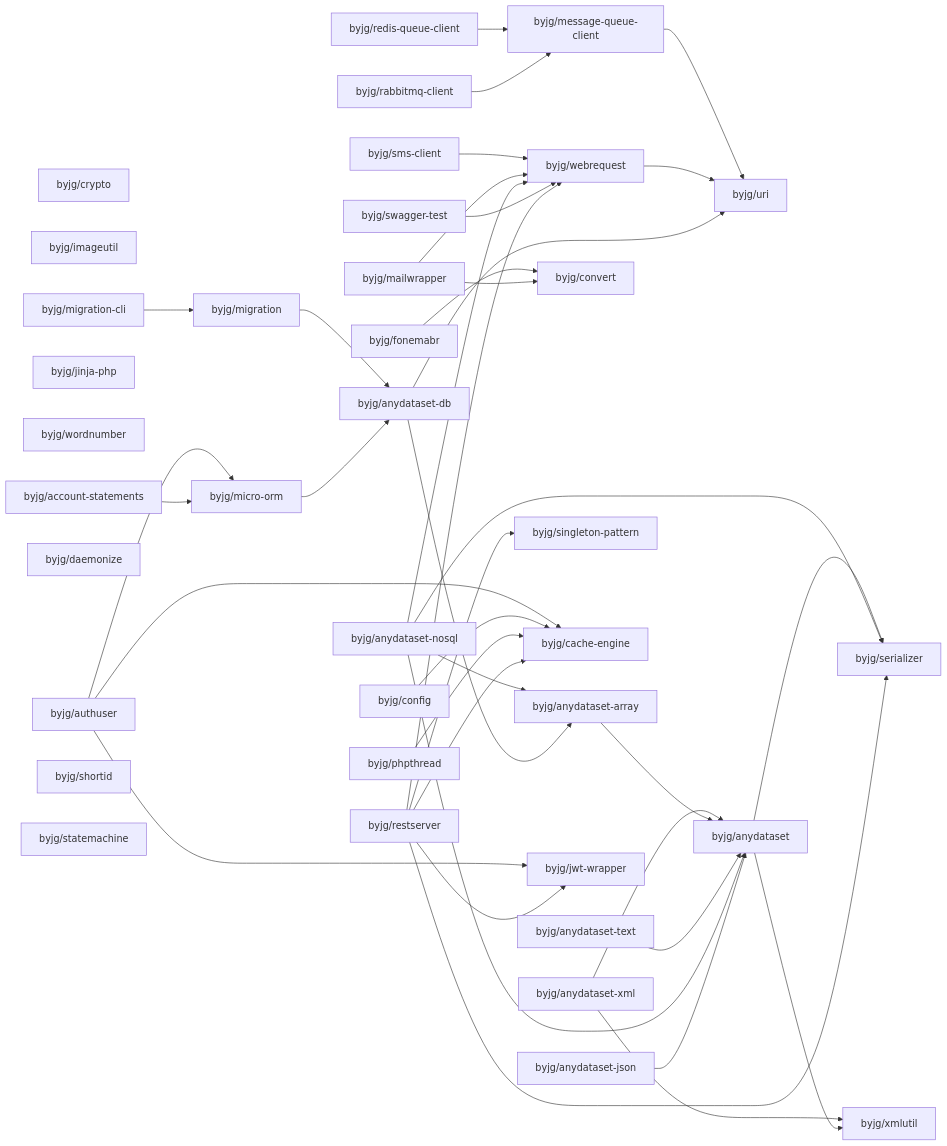
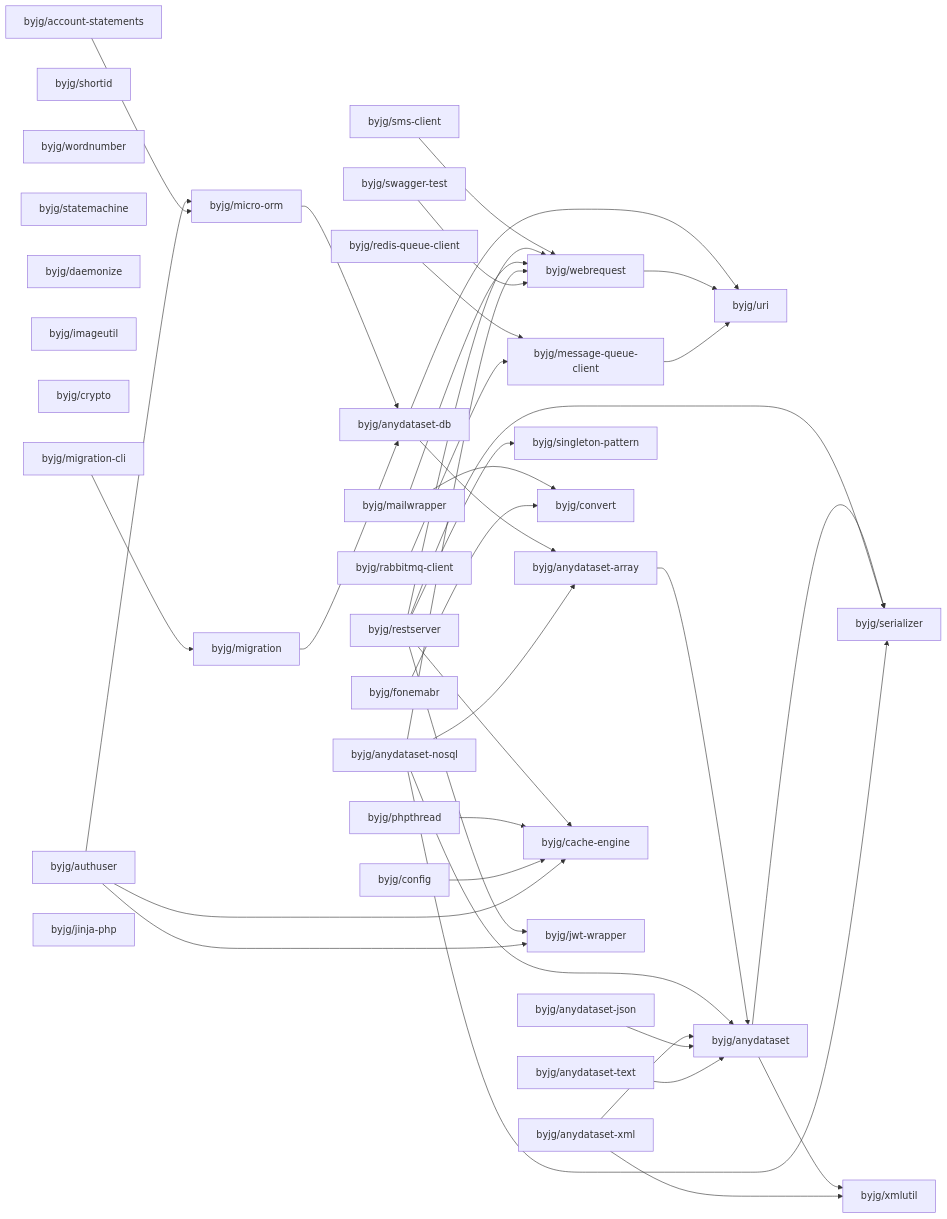
Before and after one commit to byjg/byjg.github.io: the diagram in docs/php/README.md, drawn with Mermaid. The commit also changed other lines of this file, not shown here.

Commit message:
Update documentation 'php' 'php-migration'

````diff
--- a/docs/php/README.md
+++ b/docs/php/README.md
@@ -3,76 +3,76 @@
 ```mermaid
 graph LR;
+  byjg/anydataset-nosql;
+  byjg/account-statements;
+  byjg/shortid;
+  byjg/wordnumber;
+  byjg/anydataset-text;
+  byjg/anydataset-json;
+  byjg/swagger-test;
+  byjg/statemachine;
+  byjg/redis-queue-client;
+  byjg/rabbitmq-client;
+  byjg/phpthread;
+  byjg/daemonize;
+  byjg/imageutil;
   byjg/config;
+  byjg/restserver;
   byjg/sms-client;
+  byjg/crypto;
+  byjg/anydataset-xml;
   byjg/fonemabr;
-  byjg/crypto;
-  byjg/rabbitmq-client;
-  byjg/anydataset-json;
   byjg/mailwrapper;
-  byjg/redis-queue-client;
-  byjg/imageutil;
+  byjg/migration-cli;
   byjg/authuser;
-  byjg/anydataset-nosql;
-  byjg/anydataset-text;
   byjg/jinja-php;
-  byjg/swagger-test;
-  byjg/phpthread;
-  byjg/wordnumber;
-  byjg/account-statements;
-  byjg/anydataset-xml;
-  byjg/daemonize;
-  byjg/migration-cli;
-  byjg/restserver;
-  byjg/shortid;
-  byjg/statemachine;
+  byjg/message-queue-client;
+  byjg/singleton-pattern;
   byjg/convert;
-  byjg/message-queue-client;
+  byjg/webrequest;
+  byjg/migration;
   byjg/micro-orm;
-  byjg/migration;
-  byjg/singleton-pattern;
   byjg/cache-engine;
-  byjg/webrequest;
   byjg/jwt-wrapper;
   byjg/anydataset-db;
   byjg/anydataset-array;
   byjg/uri;
   byjg/anydataset;
   byjg/serializer;
   byjg/xmlutil;
-  byjg/anydataset-xml --> byjg/anydataset;
-  byjg/anydataset-xml --> byjg/xmlutil;
+  byjg/sms-client --> byjg/webrequest;
+  byjg/redis-queue-client --> byjg/message-queue-client;
+  byjg/micro-orm --> byjg/anydataset-db;
+  byjg/migration-cli --> byjg/migration;
   byjg/anydataset-array --> byjg/anydataset;
-  byjg/authuser --> byjg/micro-orm;
-  byjg/authuser --> byjg/cache-engine;
-  byjg/authuser --> byjg/jwt-wrapper;
-  byjg/config --> byjg/cache-engine;
   byjg/anydataset --> byjg/serializer;
   byjg/anydataset --> byjg/xmlutil;
-  byjg/account-statements --> byjg/micro-orm;
-  byjg/migration --> byjg/anydataset-db;
-  byjg/fonemabr --> byjg/convert;
-  byjg/sms-client --> byjg/webrequest;
-  byjg/message-queue-client --> byjg/uri;
-  byjg/mailwrapper --> byjg/convert;
-  byjg/mailwrapper --> byjg/webrequest;
-  byjg/webrequest --> byjg/uri;
-  byjg/redis-queue-client --> byjg/message-queue-client;
-  byjg/anydataset-text --> byjg/anydataset;
-  byjg/migration-cli --> byjg/migration;
-  byjg/micro-orm --> byjg/anydataset-db;
-  byjg/phpthread --> byjg/cache-engine;
-  byjg/anydataset-nosql --> byjg/anydataset;
-  byjg/anydataset-nosql --> byjg/anydataset-array;
-  byjg/anydataset-nosql --> byjg/serializer;
-  byjg/anydataset-nosql --> byjg/webrequest;
-  byjg/swagger-test --> byjg/webrequest;
-  byjg/rabbitmq-client --> byjg/message-queue-client;
   byjg/anydataset-db --> byjg/anydataset-array;
   byjg/anydataset-db --> byjg/uri;
-  byjg/anydataset-json --> byjg/anydataset;
   byjg/restserver --> byjg/serializer;
   byjg/restserver --> byjg/singleton-pattern;
   byjg/restserver --> byjg/cache-engine;
   byjg/restserver --> byjg/webrequest;
   byjg/restserver --> byjg/jwt-wrapper;
+  byjg/phpthread --> byjg/cache-engine;
+  byjg/config --> byjg/cache-engine;
+  byjg/authuser --> byjg/micro-orm;
+  byjg/authuser --> byjg/cache-engine;
+  byjg/authuser --> byjg/jwt-wrapper;
+  byjg/webrequest --> byjg/uri;
+  byjg/mailwrapper --> byjg/convert;
+  byjg/mailwrapper --> byjg/webrequest;
+  byjg/anydataset-nosql --> byjg/anydataset;
+  byjg/anydataset-nosql --> byjg/anydataset-array;
+  byjg/anydataset-nosql --> byjg/serializer;
+  byjg/anydataset-nosql --> byjg/webrequest;
+  byjg/account-statements --> byjg/micro-orm;
+  byjg/rabbitmq-client --> byjg/message-queue-client;
+  byjg/message-queue-client --> byjg/uri;
+  byjg/migration --> byjg/anydataset-db;
+  byjg/fonemabr --> byjg/convert;
+  byjg/swagger-test --> byjg/webrequest;
+  byjg/anydataset-xml --> byjg/anydataset;
+  byjg/anydataset-xml --> byjg/xmlutil;
+  byjg/anydataset-json --> byjg/anydataset;
+  byjg/anydataset-text --> byjg/anydataset;
 ```
````
